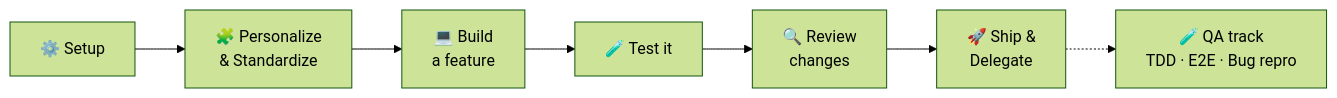
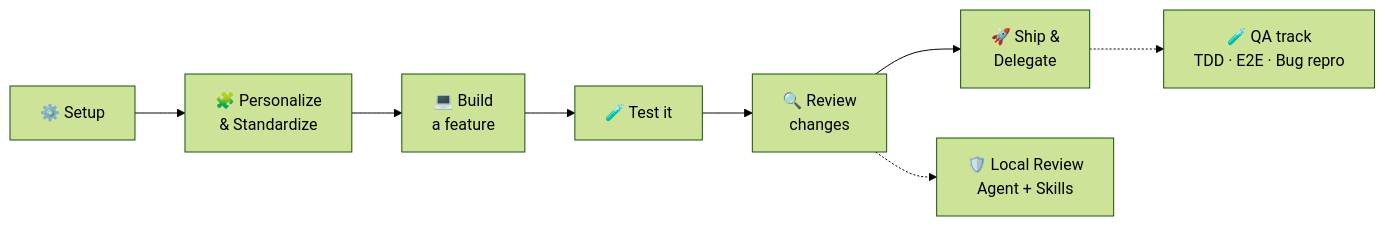
Before and after one commit to jasontiedt/copilot-Fundamentals-gallery-repo: the diagram in labs/README.md, drawn with Mermaid (forest theme). The commit also changed other lines of this file and 12 other files, not shown here.

````diff
--- a/labs/README.md
+++ b/labs/README.md
@@ -20,9 +20,10 @@
 ```mermaid
 flowchart LR
   A[⚙️ Setup] --> B[🧩 Personalize<br/>& Standardize]
   B --> C[💻 Build<br/>a feature]
   C --> D[🧪 Test it]
   D --> E[🔍 Review<br/>changes]
   E --> F[🚀 Ship &<br/>Delegate]
   F -.-> G[🧪 QA track<br/>TDD · E2E · Bug repro]
+  E -.-> H[🛡️ Local Review<br/>Agent + Skills]
 ```
````
